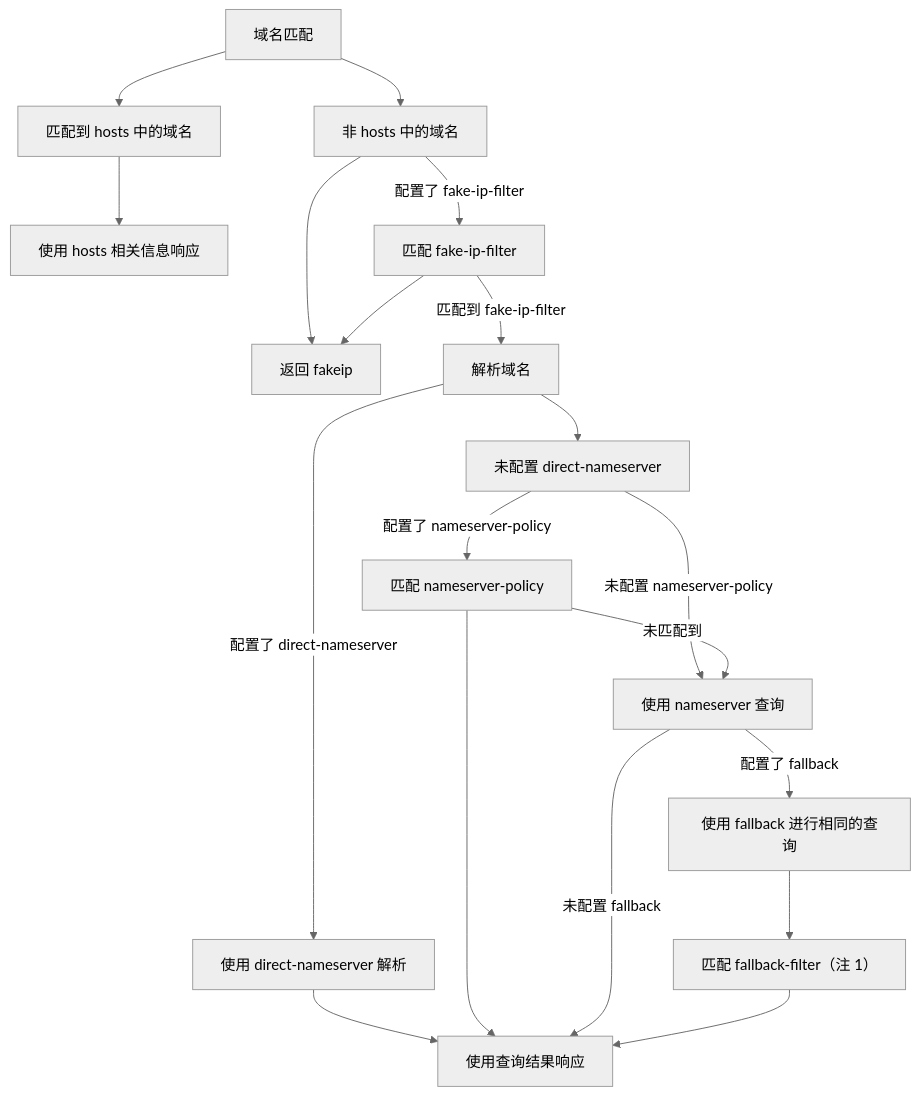
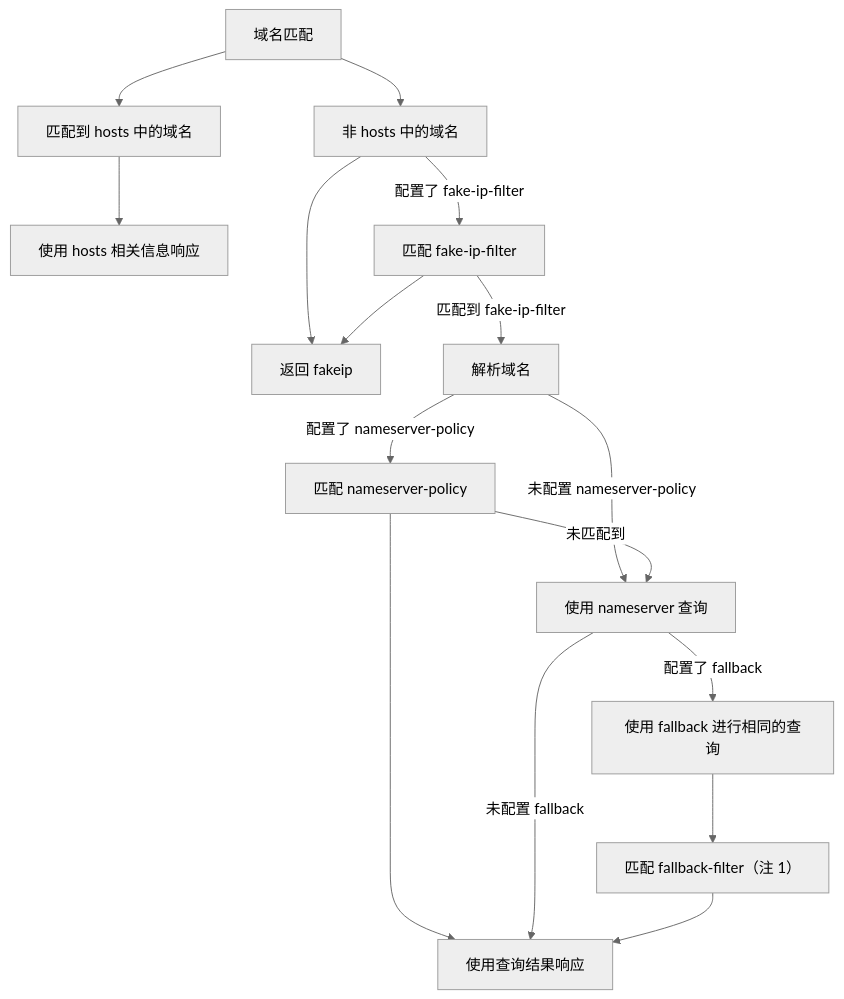
Before and after one commit to skrik2/skrik2.github.io: the second of 2 diagrams in 2026/07/1-mihomo-mental-model.md, drawn with Mermaid (neutral theme). The commit also changed other lines of this file, not shown here.

````diff
--- a/2026/07/1-mihomo-mental-model.md
+++ b/2026/07/1-mihomo-mental-model.md
@@ -84,55 +86,48 @@
 ```mermaid
 flowchart TD
 
 %% node
   Rule[域名匹配]
   hosts[匹配到 hosts 中的域名]
   not-hosts[非 hosts 中的域名]
 
   response-hosts[使用 hosts 相关信息响应]
   fake-ip-filter[匹配 fake-ip-filter]
 
   return-fakeip[返回 fakeip]
 
   resolve[解析域名]
-
-  direct-nameserver[使用 direct-nameserver 解析]
-  not-direct-nameserver[未配置 direct-nameserver]
 
   nameserver[使用 nameserver 查询]
   nameserver-policy[匹配 nameserver-policy]
 
   response[使用查询结果响应]
 
   fallback[使用 fallback 进行相同的查询]
   fallback-filter[匹配 fallback-filter（注 1）]
 
 %% flow 
 
   Rule --> hosts
   Rule --> not-hosts
 
   hosts --> response-hosts
   not-hosts -- 配置了 fake-ip-filter --> fake-ip-filter
   not-hosts --> return-fakeip
 
   fake-ip-filter -- 匹配到 fake-ip-filter --> resolve
   fake-ip-filter --> return-fakeip
 
-  resolve -- 配置了 direct-nameserver --> direct-nameserver
-  direct-nameserver --> response
-  resolve --> not-direct-nameserver
-
-  not-direct-nameserver -- 配置了 nameserver-policy --> nameserver-policy
-  not-direct-nameserver -- 未配置 nameserver-policy --> nameserver
+  resolve -- 配置了 nameserver-policy --> nameserver-policy
+  resolve -- 未配置 nameserver-policy --> nameserver
 
   nameserver-policy -- 未匹配到 --> nameserver
   nameserver-policy --> response
 
   nameserver -- 配置了 fallback --> fallback
   nameserver -- 未配置 fallback --> response
 
   fallback --> fallback-filter
 
   fallback-filter --> response
 ```
````
